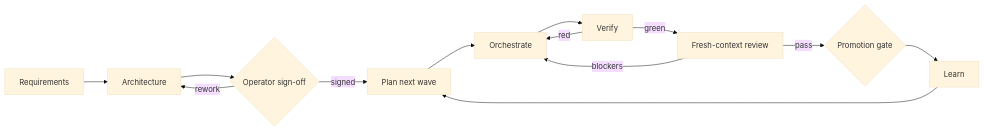
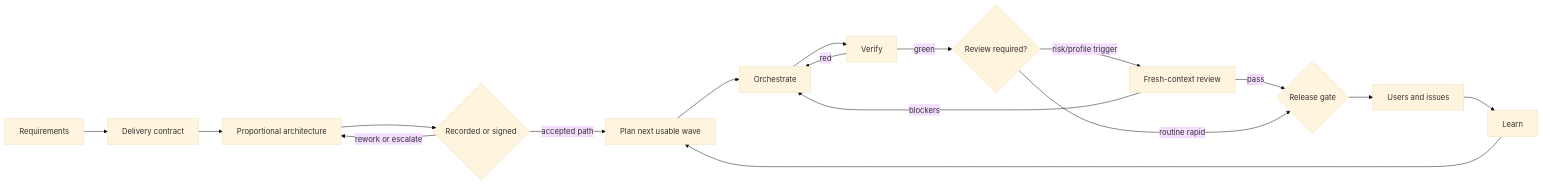
One commit to hls-uk/software-factory changed the diagram in docs/factory-method.md. Above: the diagram before and after it, drawn with Mermaid (base theme). The commit also changed other lines of this file and 31 other files, not shown here.

First line of the commit message:
feat: add risk-calibrated delivery profiles

````diff
--- a/docs/factory-method.md
+++ b/docs/factory-method.md
@@ -16,15 +16,19 @@
 ```mermaid
 flowchart LR
-  R[Requirements] --> A[Architecture]
-  A --> S{Operator sign-off}
-  S -->|rework| A
-  S -->|signed| P[Plan next wave]
+  R[Requirements] --> C[Delivery contract]
+  C --> A[Proportional architecture]
+  A --> S{Recorded or signed}
+  S -->|rework or escalate| A
+  S -->|accepted path| P[Plan next usable wave]
   P --> O[Orchestrate]
   O --> V[Verify]
   V -->|red| O
-  V -->|green| RV[Fresh-context review]
+  V -->|green| T{Review required?}
+  T -->|risk/profile trigger| RV[Fresh-context review]
   RV -->|blockers| O
-  RV -->|pass| G{Promotion gate}
-  G --> L[Learn]
+  RV -->|pass| G{Release gate}
+  T -->|routine rapid| G
+  G --> U[Users and issues]
+  U --> L[Learn]
   L --> P
 ```
````
